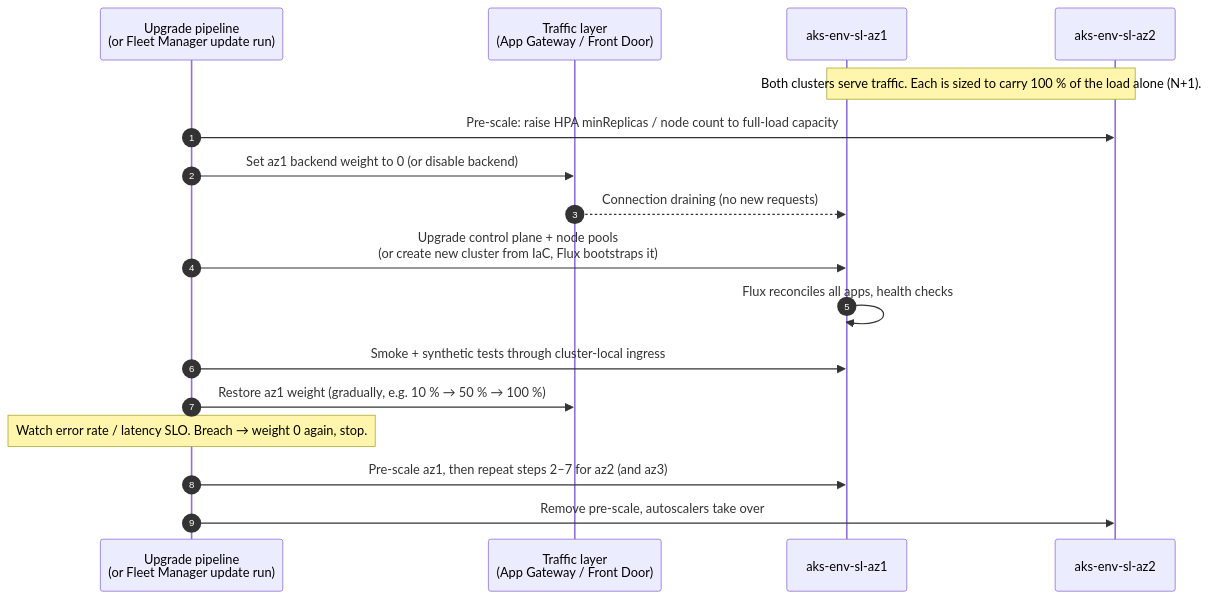
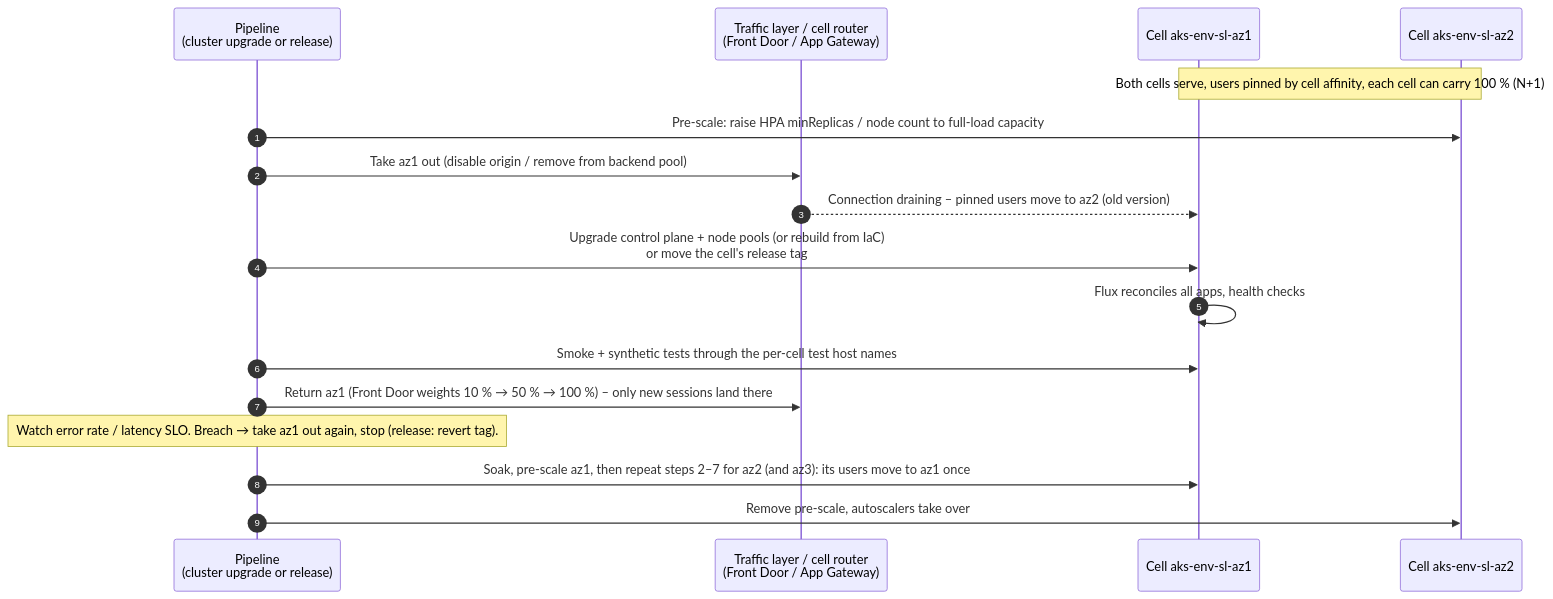
Before and after one commit to olljanat-ai/aks-design: the diagram in diagrams/11-stateless-upgrade.mmd, drawn with Mermaid. The commit also changed 4 other files, not shown here.

First line of the commit message:
Release one cell at a time with cell affinity, adopt cell terminology

```diff
--- a/diagrams/11-stateless-upgrade.mmd
+++ b/diagrams/11-stateless-upgrade.mmd
@@ -1,19 +1,19 @@
-%% Zero-downtime cluster upgrade of the stateless clusters: one zonal cluster at a time is drained from the
-%% traffic layer, upgraded (or rebuilt), verified and put back. Same pipeline runs in dev, then acc, then prd.
+%% Zero-downtime change of the cells (stateless clusters): one cell at a time is drained from the traffic layer,
+%% changed (cluster upgrade, rebuild or application release), verified and put back. Same pipeline in dev, acc, prd.
 sequenceDiagram
     autonumber
-    participant P as Upgrade pipeline<br/>(or Fleet Manager update run)
-    participant T as Traffic layer<br/>(App Gateway / Front Door)
-    participant A as aks-env-sl-az1
-    participant B as aks-env-sl-az2
-    Note over A,B: Both clusters serve traffic. Each is sized to carry 100 % of the load alone (N+1).
+    participant P as Pipeline<br/>(cluster upgrade or release)
+    participant T as Traffic layer / cell router<br/>(Front Door / App Gateway)
+    participant A as Cell aks-env-sl-az1
+    participant B as Cell aks-env-sl-az2
+    Note over A,B: Both cells serve, users pinned by cell affinity, each cell can carry 100 % (N+1)
     P->>B: Pre-scale: raise HPA minReplicas / node count to full-load capacity
-    P->>T: Set az1 backend weight to 0 (or disable backend)
-    T-->>A: Connection draining (no new requests)
-    P->>A: Upgrade control plane + node pools<br/>(or create new cluster from IaC, Flux bootstraps it)
+    P->>T: Take az1 out (disable origin / remove from backend pool)
+    T-->>A: Connection draining – pinned users move to az2 (old version)
+    P->>A: Upgrade control plane + node pools (or rebuild from IaC)<br/>or move the cell's release tag
     A->>A: Flux reconciles all apps, health checks
-    P->>A: Smoke + synthetic tests through cluster-local ingress
-    P->>T: Restore az1 weight (gradually, e.g. 10 % → 50 % → 100 %)
-    Note over P: Watch error rate / latency SLO. Breach → weight 0 again, stop.
-    P->>A: Pre-scale az1, then repeat steps 2–7 for az2 (and az3)
+    P->>A: Smoke + synthetic tests through the per-cell test host names
+    P->>T: Return az1 (Front Door weights 10 % → 50 % → 100 %) – only new sessions land there
+    Note over P: Watch error rate / latency SLO. Breach → take az1 out again, stop (release: revert tag).
+    P->>A: Soak, pre-scale az1, then repeat steps 2–7 for az2 (and az3): its users move to az1 once
     P->>B: Remove pre-scale, autoscalers take over
```
